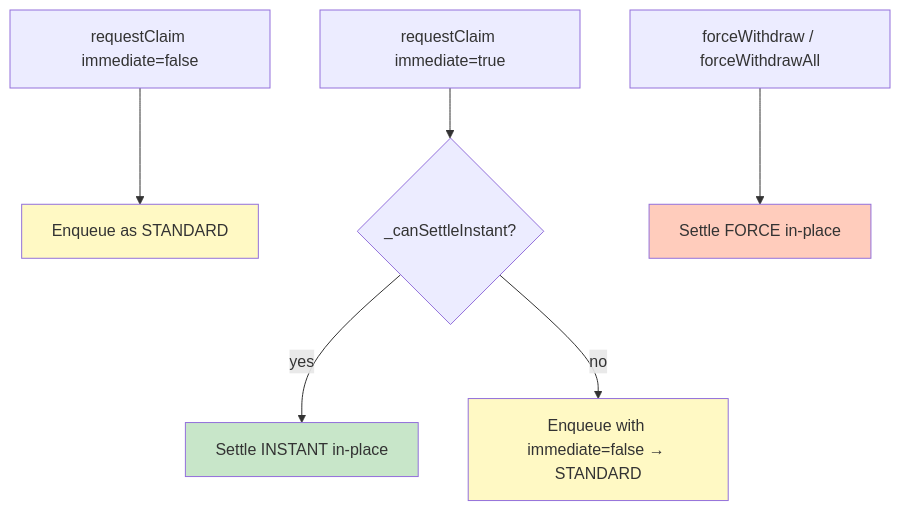
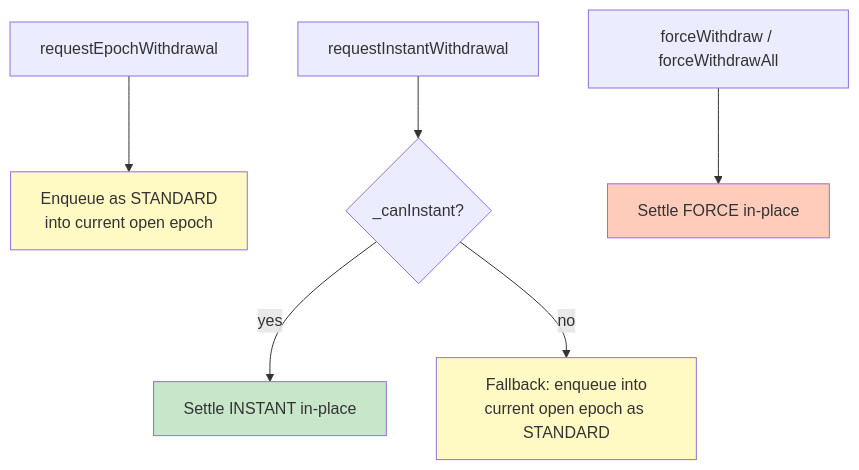
Before and after one commit to Multyr/multyr-core: the second of 3 diagrams in docs/exit-engine.md, drawn with Mermaid. The commit also changed other lines of this file and 11 other files, not shown here.

````diff
--- a/docs/exit-engine.md
+++ b/docs/exit-engine.md
@@ -114,13 +120,13 @@
 ```mermaid
 flowchart TD
-    A[requestClaim immediate=false] --> Q1[Enqueue as STANDARD]
-    B[requestClaim immediate=true] --> C{_canSettleInstant?}
+    A[requestEpochWithdrawal] --> Q1[Enqueue as STANDARD\ninto current open epoch]
+    B[requestInstantWithdrawal] --> C{_canInstant?}
     C -->|yes| D[Settle INSTANT in-place]
-    C -->|no| E[Enqueue with immediate=false → STANDARD]
+    C -->|no| E[Fallback: enqueue into\ncurrent open epoch as STANDARD]
     F[forceWithdraw / forceWithdrawAll] --> G[Settle FORCE in-place]
 
     style D fill:#c8e6c9
     style G fill:#ffccbc
     style Q1 fill:#fff9c4
     style E fill:#fff9c4
 ```
````
